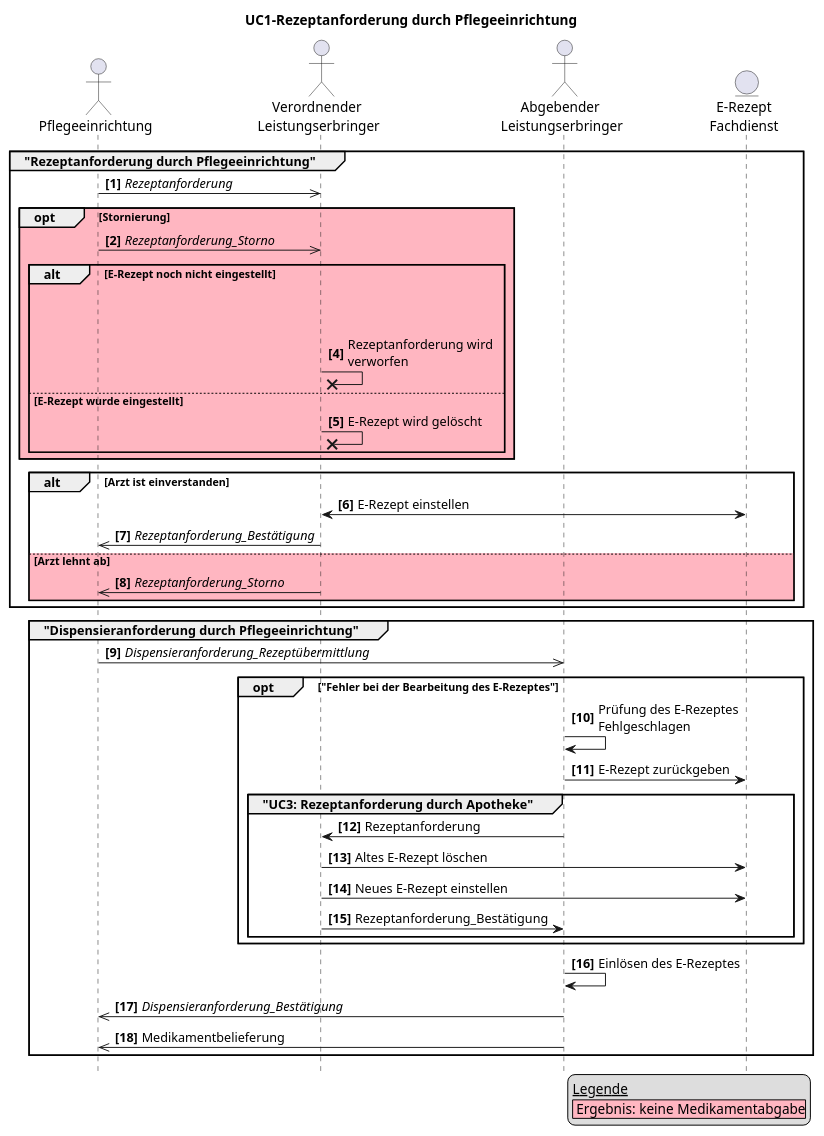
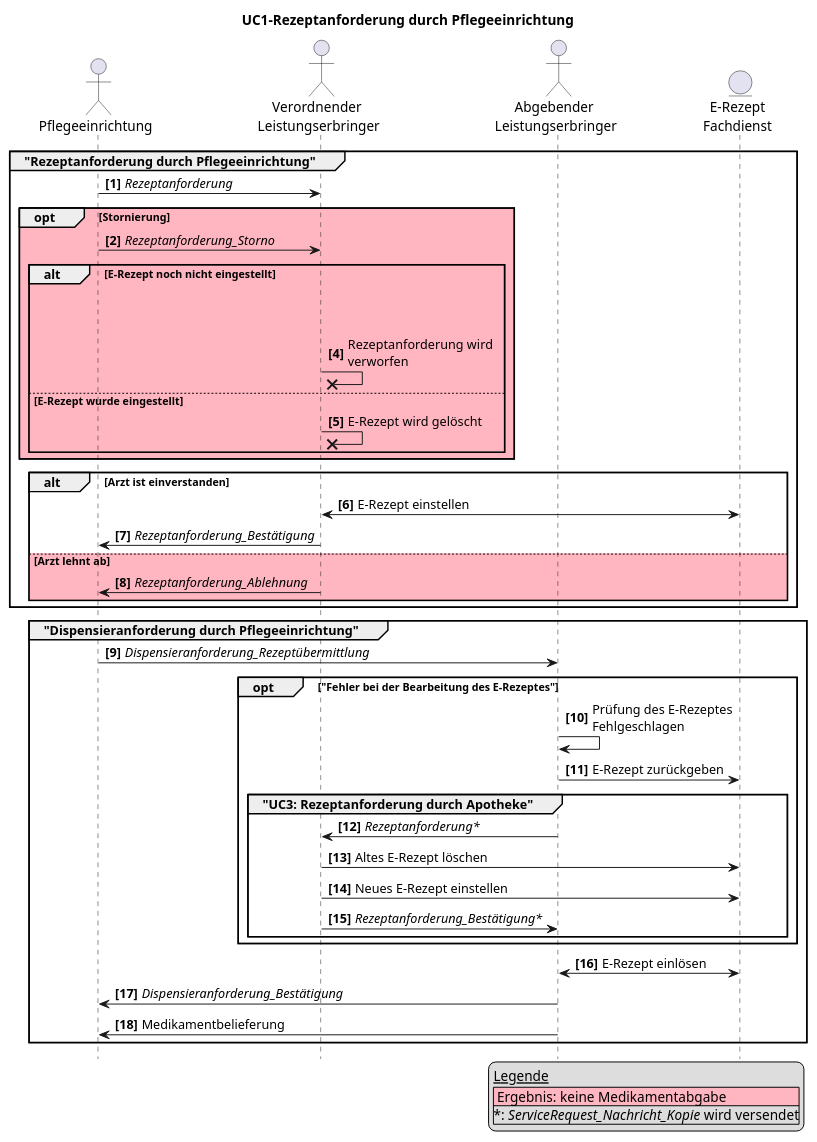
Before and after one commit to gematik/spec-E-Rezept-ServiceRequest: the diagram in Resources/puml/gemF_eRp_KIM/UC1-rezeptanforderung-pflege.puml, drawn with PlantUML. The commit also changed 3 other files, not shown here.

```diff
--- a/Resources/puml/gemF_eRp_KIM/UC1-rezeptanforderung-pflege.puml
+++ b/Resources/puml/gemF_eRp_KIM/UC1-rezeptanforderung-pflege.puml
@@ -1,64 +1,65 @@
 @startuml name = "UC1-Rezeptanforderung-Pflege"
 
 
 skinparam maxMessageSize 200
 
 actor "Pflegeeinrichtung" as Pflegeeinrichtung
 actor "Verordnender \nLeistungserbringer" as Arztpraxis
 actor "Abgebender \nLeistungserbringer" as Apotheke
 entity "E-Rezept\nFachdienst" as FD
 
 title UC1-Rezeptanforderung durch Pflegeeinrichtung
 hide footbox
 autonumber "<b>[0]"
 
 legend bottom right
     __Legende__
     |<#LightPink> Ergebnis: keine Medikamentabgabe|
+    |*: //ServiceRequest_Nachricht_Kopie// wird versendet|
 endlegend
 
 group "Rezeptanforderung durch Pflegeeinrichtung"
-Pflegeeinrichtung ->> Arztpraxis: //Rezeptanforderung//
+Pflegeeinrichtung -> Arztpraxis: //Rezeptanforderung//
 
 opt #LightPink Stornierung
-    Pflegeeinrichtung ->> Arztpraxis: //Rezeptanforderung_Storno//
+    Pflegeeinrichtung -> Arztpraxis: //Rezeptanforderung_Storno//
     alt #LightPink E-Rezept noch nicht eingestellt
     Pflegeeinrichtung -[hidden]-> Arztpraxis: Rezeptanforderung wird verworfen
         Arztpraxis ->x Arztpraxis: Rezeptanforderung wird verworfen
     else #LightPink E-Rezept wurde eingestellt
         Arztpraxis ->x Arztpraxis: E-Rezept wird gelöscht
     end
 end
 
 alt Arzt ist einverstanden 
     Arztpraxis <-> FD: E-Rezept einstellen
-    Arztpraxis ->> Pflegeeinrichtung: //Rezeptanforderung_Bestätigung//
+    Arztpraxis -> Pflegeeinrichtung: //Rezeptanforderung_Bestätigung//
     
 else #LightPink Arzt lehnt ab
-    Arztpraxis ->> Pflegeeinrichtung: //Rezeptanforderung_Storno//
+    Arztpraxis -> Pflegeeinrichtung: //Rezeptanforderung_Ablehnung//
 end
 
 end
 
 group  "Dispensieranforderung durch Pflegeeinrichtung"
-Pflegeeinrichtung ->> Apotheke: //Dispensieranforderung_Rezeptübermittlung//
+Pflegeeinrichtung -> Apotheke: //Dispensieranforderung_Rezeptübermittlung//
 
 opt "Fehler bei der Bearbeitung des E-Rezeptes"
  Apotheke -> Apotheke: Prüfung des E-Rezeptes Fehlgeschlagen
  Apotheke -> FD: E-Rezept zurückgeben
  group "UC3: Rezeptanforderung durch Apotheke"
-  Apotheke -> Arztpraxis: Rezeptanforderung
+  Apotheke -> Arztpraxis: //Rezeptanforderung*//
   Arztpraxis -> FD: Altes E-Rezept löschen
   Arztpraxis -> FD: Neues E-Rezept einstellen
-  Arztpraxis -> Apotheke: Rezeptanforderung_Bestätigung
+  Arztpraxis -> Apotheke: //Rezeptanforderung_Bestätigung*//
  end
 end
 
-Apotheke -> Apotheke: Einlösen des E-Rezeptes
+Apotheke <-> FD: E-Rezept einlösen
 
-Apotheke ->> Pflegeeinrichtung: //Dispensieranforderung_Bestätigung//
-Apotheke ->> Pflegeeinrichtung: Medikamentbelieferung
+Apotheke -> Pflegeeinrichtung: //Dispensieranforderung_Bestätigung//
+Apotheke -> Pflegeeinrichtung: Medikamentbelieferung
 
 end
 
 @enduml
```
